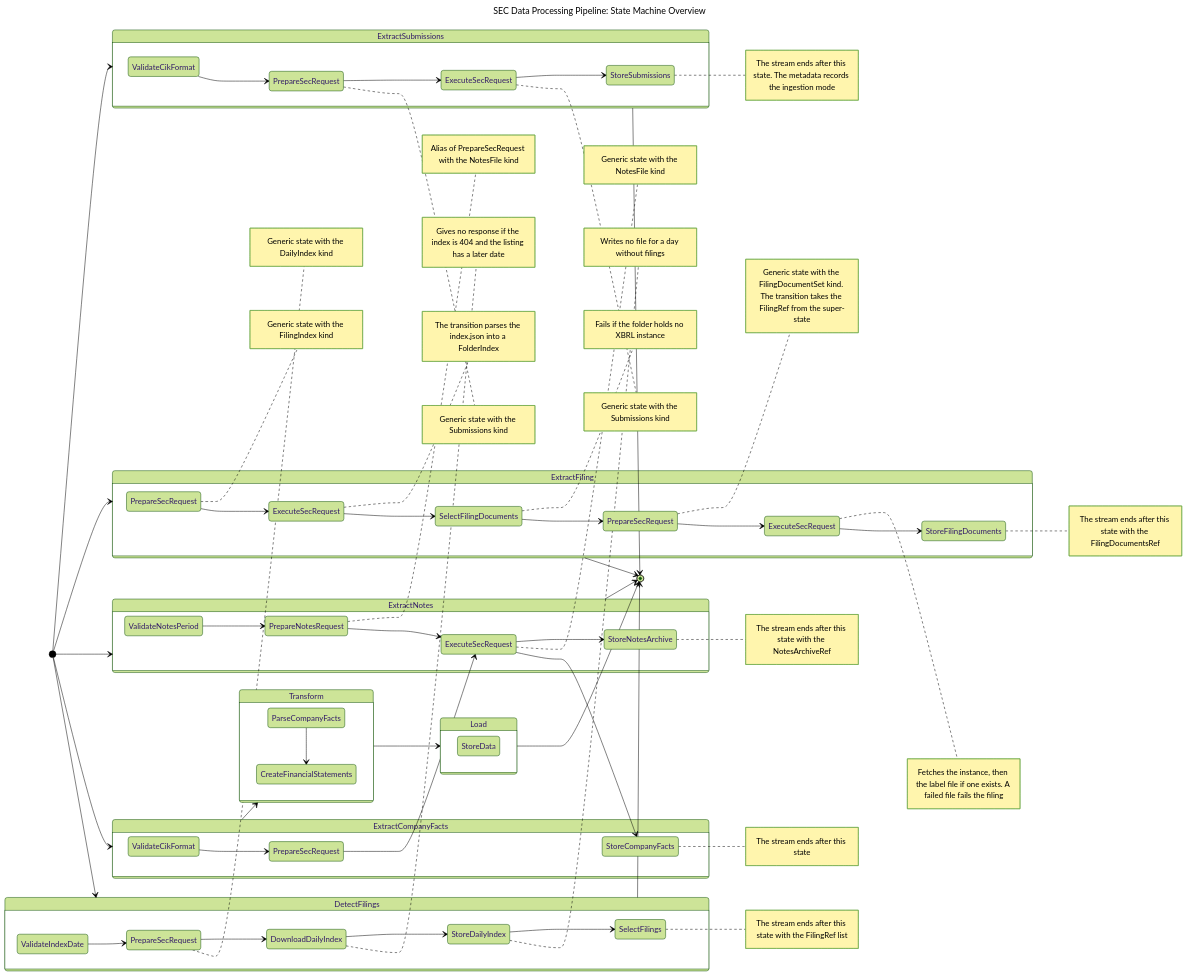
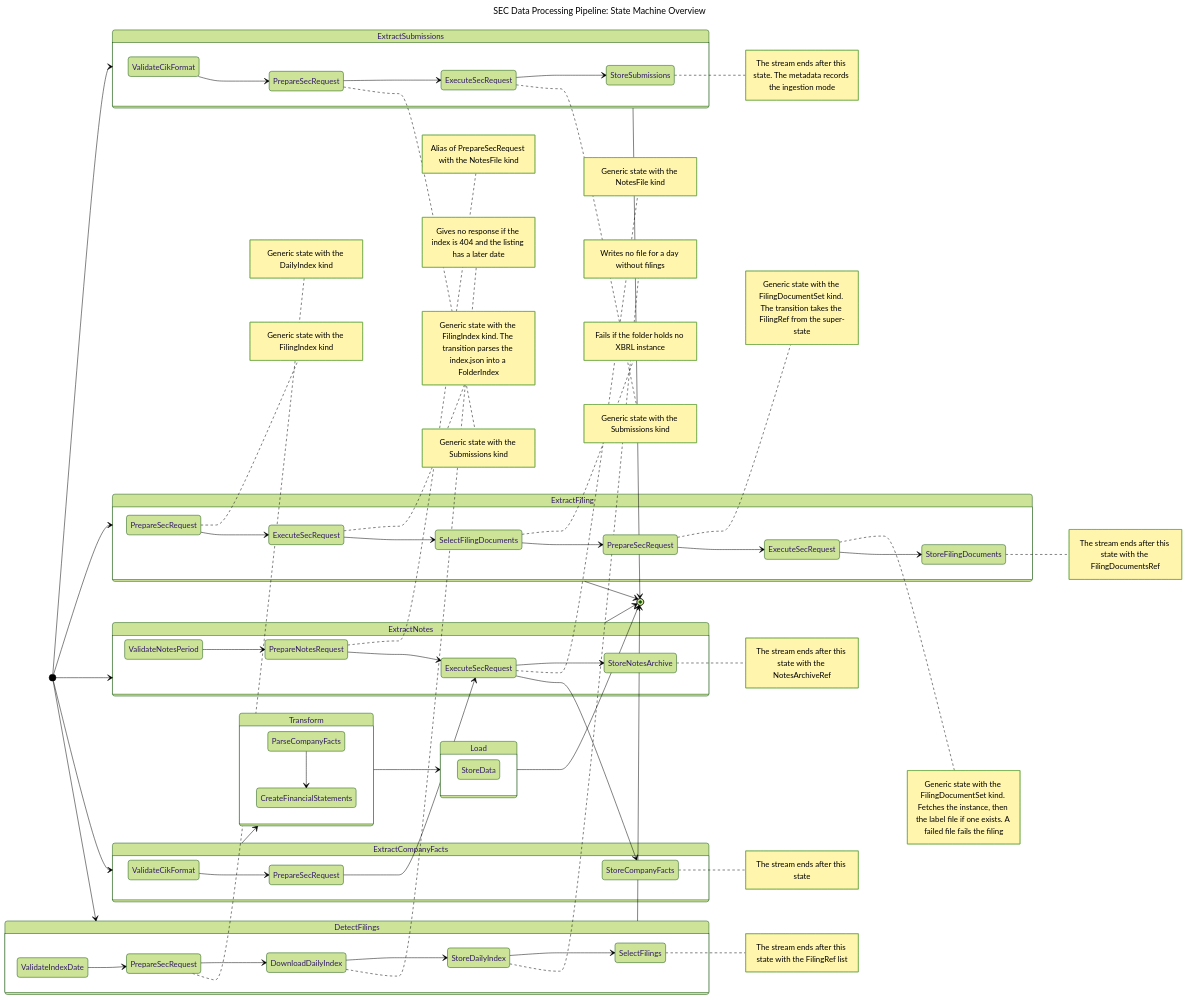
The diagram in sec/design/state_diagram/sec_state_machine.md (ironcapitaleu/arkad), drawn with Mermaid (forest theme) before and after one commit. The commit also changed 1 other file, not shown here.

Commit message:
test(sec): pin the failed label file request in the filing stream tests
- The failure test checks the full error text, which names the label
  file. Both ExecuteSecRequest states share one name, so the state
  name alone also matched a failed folder index request.
- The no-instance test counts five started states, so it fails if the
  run stops before the documents request.
- A test runs a filing without a label file and gets a ref without a
  labels key.
- A comment says why the run loop repeats the one of Notes.
- The diagram names the kind of each ExecuteSecRequest.

Refs: STA-376

Claude-Session: https://claude.ai/code/session_01QC3BehpTBUsuDtZFfHC1r3

```diff
--- a/sec/design/state_diagram/sec_state_machine.md
+++ b/sec/design/state_diagram/sec_state_machine.md
@@ -56,13 +56,13 @@
         PrepareFilingIndexRequest --> ExecuteFilingIndexRequest
         note right of PrepareFilingIndexRequest : Generic state with the FilingIndex kind
         ExecuteFilingIndexRequest --> SelectFilingDocuments
-        note right of ExecuteFilingIndexRequest : The transition parses the index.json into a FolderIndex
+        note right of ExecuteFilingIndexRequest : Generic state with the FilingIndex kind. The transition parses the index.json into a FolderIndex
         SelectFilingDocuments --> PrepareFilingDocumentsRequest
         note right of SelectFilingDocuments : Fails if the folder holds no XBRL instance
         PrepareFilingDocumentsRequest --> ExecuteFilingDocumentsRequest
         note right of PrepareFilingDocumentsRequest : Generic state with the FilingDocumentSet kind. The transition takes the FilingRef from the super-state
         ExecuteFilingDocumentsRequest --> StoreFilingDocuments
-        note right of ExecuteFilingDocumentsRequest : Fetches the instance, then the label file if one exists. A failed file fails the filing
+        note right of ExecuteFilingDocumentsRequest : Generic state with the FilingDocumentSet kind. Fetches the instance, then the label file if one exists. A failed file fails the filing
         note right of StoreFilingDocuments : The stream ends after this state with the FilingDocumentsRef
     }
 
```
